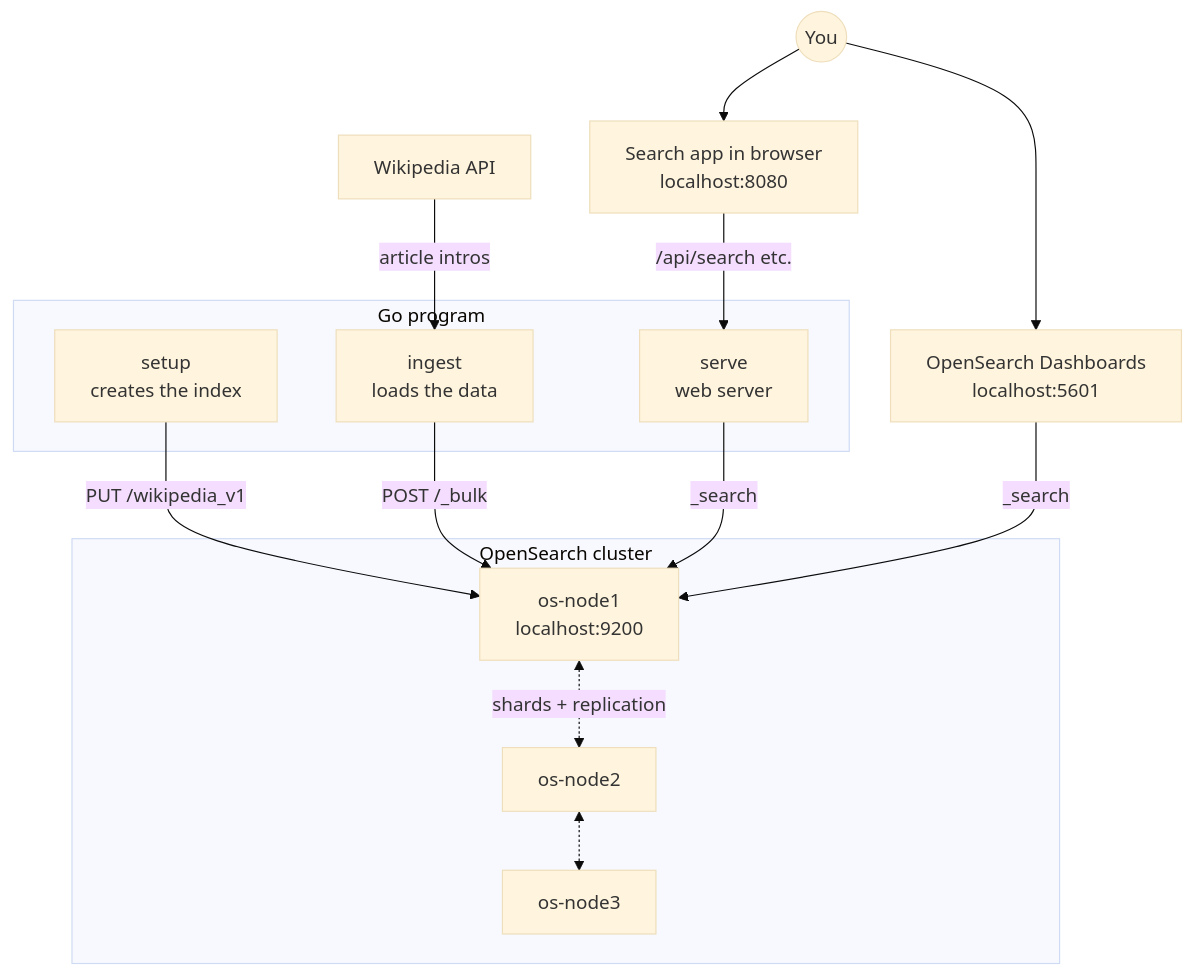
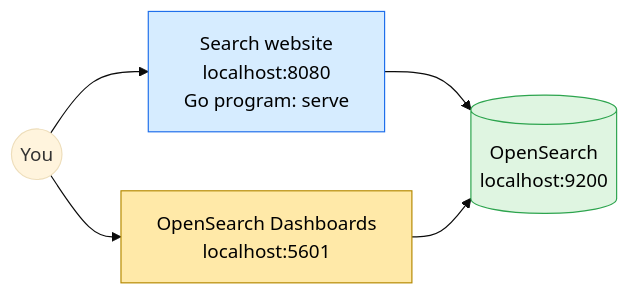
Before and after one commit to mohiadeen-ameer/opensearch-lab: the second of 6 diagrams in README.md, drawn with Mermaid (base theme). The commit also changed other lines of this file and 1 other file, not shown here.

First line of the commit message:
Add cluster architecture diagrams to INTERVIEW, simplify README diagrams

````diff
--- a/README.md
+++ b/README.md
@@ -19,29 +37,16 @@
 ```mermaid
-flowchart TB
+flowchart LR
     YOU(("You"))
-    YOU --> BROWSER["Search app in browser<br/>localhost:8080"]
-    YOU --> OSD["OpenSearch Dashboards<br/>localhost:5601"]
+    WEB["Search website<br/>localhost:8080<br/>Go program: serve"]
+    OSD["OpenSearch Dashboards<br/>localhost:5601"]
+    OS[("OpenSearch<br/>localhost:9200")]
+    YOU --> WEB --> OS
+    YOU --> OSD --> OS
 
-    WIKI["Wikipedia API"] -- "article intros" --> INGEST
-
-    subgraph GO["Go program"]
-        SETUP["setup<br/>creates the index"]
-        INGEST["ingest<br/>loads the data"]
-        SERVE["serve<br/>web server"]
-    end
-
-    BROWSER -- "/api/search etc." --> SERVE
-
-    subgraph CLUSTER["OpenSearch cluster"]
-        N1["os-node1<br/>localhost:9200"]
-        N2["os-node2"]
-        N3["os-node3"]
-    end
-
-    SETUP -- "PUT /wikipedia_v1" --> N1
-    INGEST -- "POST /_bulk" --> N1
-    SERVE -- "_search" --> N1
-    OSD -- "_search" --> N1
-    N1 <-. "shards + replication" .-> N2
-    N2 <-. " " .-> N3
+    classDef go fill:#d6ecff,stroke:#1f6feb,color:#000
+    classDef osd fill:#ffe9a8,stroke:#b58900,color:#000
+    classDef os fill:#dff5e1,stroke:#2da44e,color:#000
+    class WEB go
+    class OSD osd
+    class OS os
 ```
````
